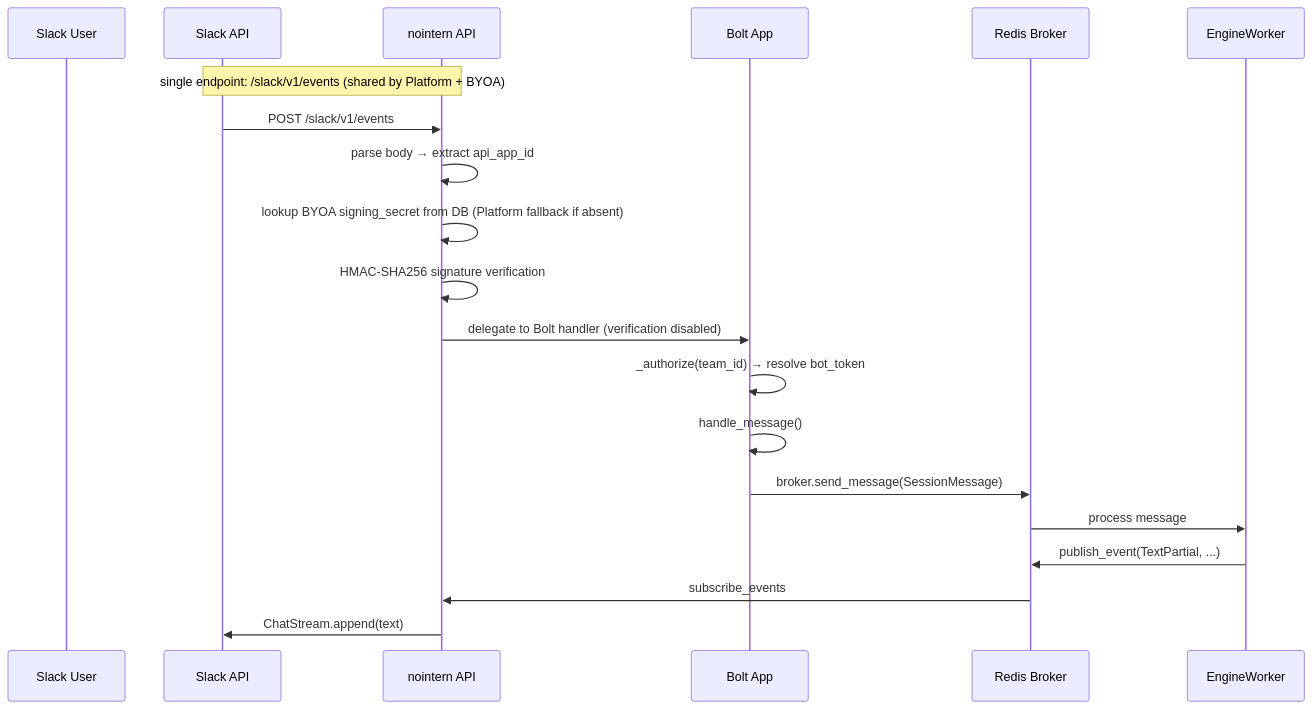
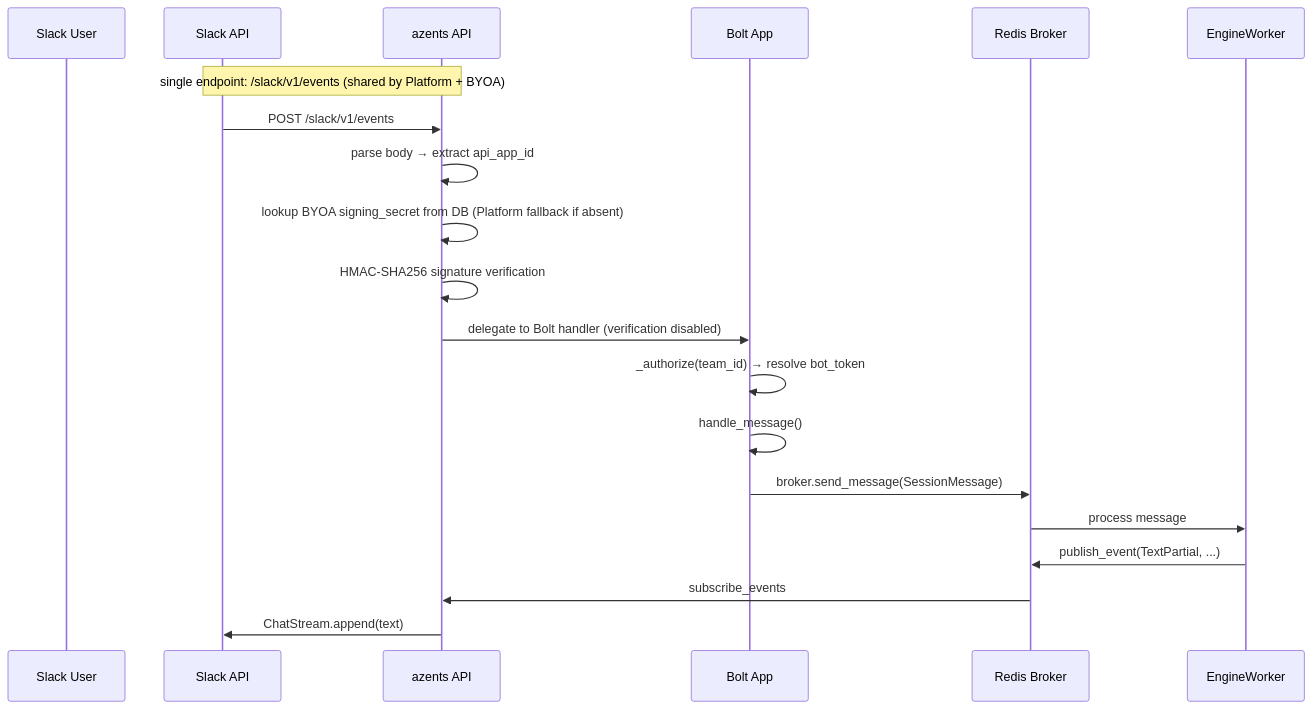
The first of 2 diagrams in docs/azents/design/slack-260414-slack-byoa.md (azents/azents), drawn with Mermaid before and after one commit. The commit also changed other lines of this file and 245 other files, not shown here.

````diff
--- a/docs/azents/design/slack-260414-slack-byoa.md
+++ b/docs/azents/design/slack-260414-slack-byoa.md
@@ -50,24 +50,24 @@
 ```mermaid
 sequenceDiagram
     participant U as Slack User
     participant S as Slack API
-    participant N as nointern API
+    participant N as azents API
     participant B as Bolt App
     participant R as Redis Broker
     participant W as EngineWorker
 
     Note over S,N: single endpoint: /slack/v1/events (shared by Platform + BYOA)
 
     S->>N: POST /slack/v1/events
     N->>N: parse body → extract api_app_id
     N->>N: lookup BYOA signing_secret from DB (Platform fallback if absent)
     N->>N: HMAC-SHA256 signature verification
     N->>B: delegate to Bolt handler (verification disabled)
     B->>B: _authorize(team_id) → resolve bot_token
     B->>B: handle_message()
     B->>R: broker.send_message(SessionMessage)
     R->>W: process message
     W->>R: publish_event(TextPartial, ...)
     R->>N: subscribe_events
     N->>S: ChatStream.append(text)
 ```
````
